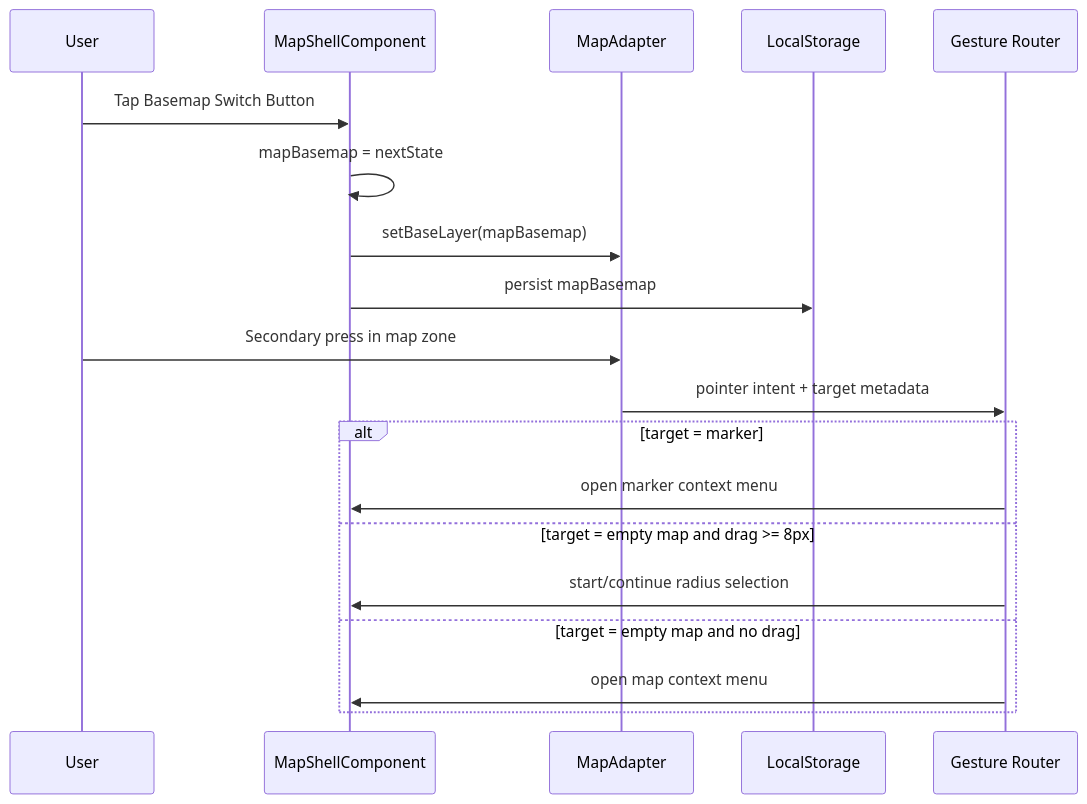
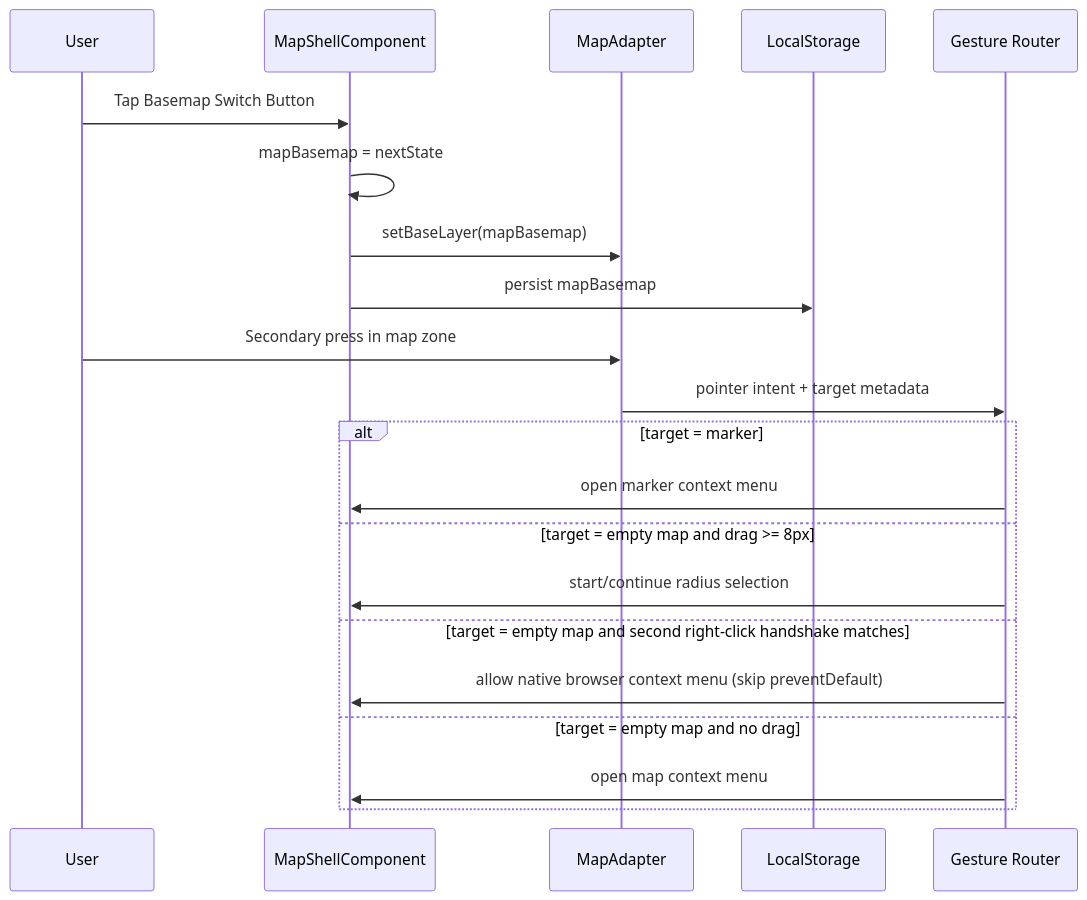
The second of 2 diagrams in docs/element-specs/map-zone.md (matkleve/feldpost), drawn with Mermaid before and after one commit. The commit also changed 27 other files, not shown here.

````diff
--- a/docs/element-specs/map-zone.md
+++ b/docs/element-specs/map-zone.md
@@ -85,23 +85,25 @@
 ```mermaid
 sequenceDiagram
   participant U as User
   participant MS as MapShellComponent
   participant MA as MapAdapter
   participant LS as LocalStorage
   participant GR as Gesture Router
 
   U->>MS: Tap Basemap Switch Button
   MS->>MS: mapBasemap = nextState
   MS->>MA: setBaseLayer(mapBasemap)
   MS->>LS: persist mapBasemap
 
   U->>MA: Secondary press in map zone
   MA->>GR: pointer intent + target metadata
   alt target = marker
     GR->>MS: open marker context menu
   else target = empty map and drag >= 8px
     GR->>MS: start/continue radius selection
+  else target = empty map and second right-click handshake matches
+    GR->>MS: allow native browser context menu (skip preventDefault)
   else target = empty map and no drag
     GR->>MS: open map context menu
   end
 ```
````
